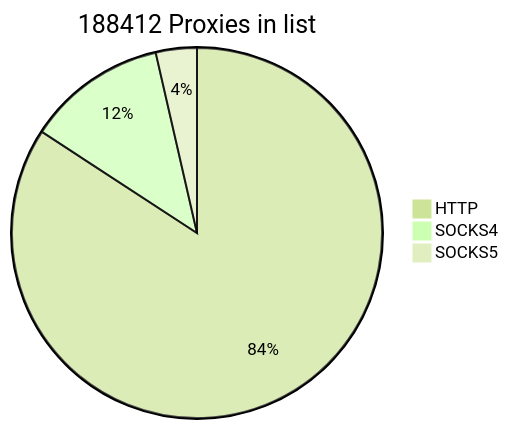
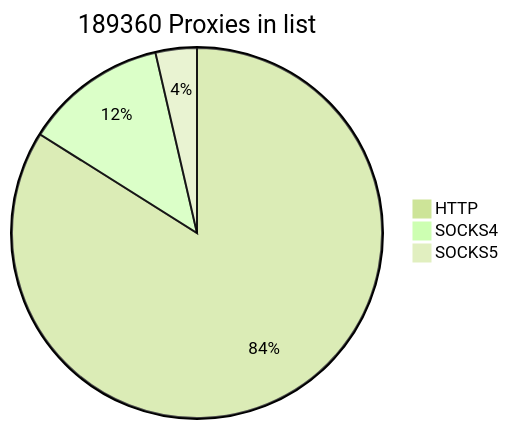
One commit to cutipu/proxylist changed the first of 2 diagrams in README.md. Above: the diagram before and after it, drawn with Mermaid (forest theme). The commit also changed other lines of this file, not shown here.

````diff
--- a/README.md
+++ b/README.md
@@ -2,7 +2,7 @@
 ```mermaid
-pie title 188412 Proxies in list
-    "HTTP" : 158640
-    "SOCKS4" : 23021
-    "SOCKS5" : 6751
+pie title 189360 Proxies in list
+    "HTTP" : 158936
+    "SOCKS4" : 23596
+    "SOCKS5" : 6828
             
 ```
````
